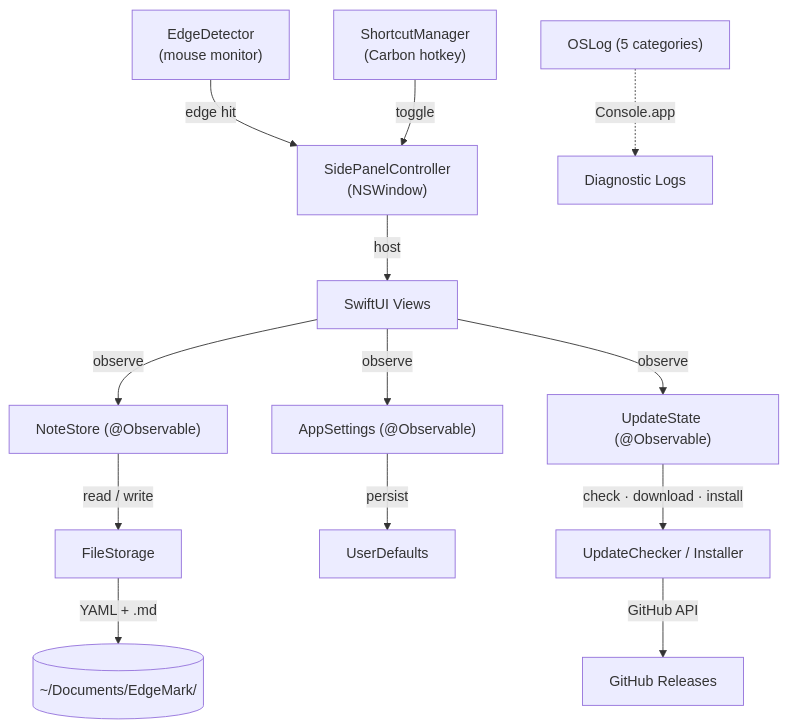
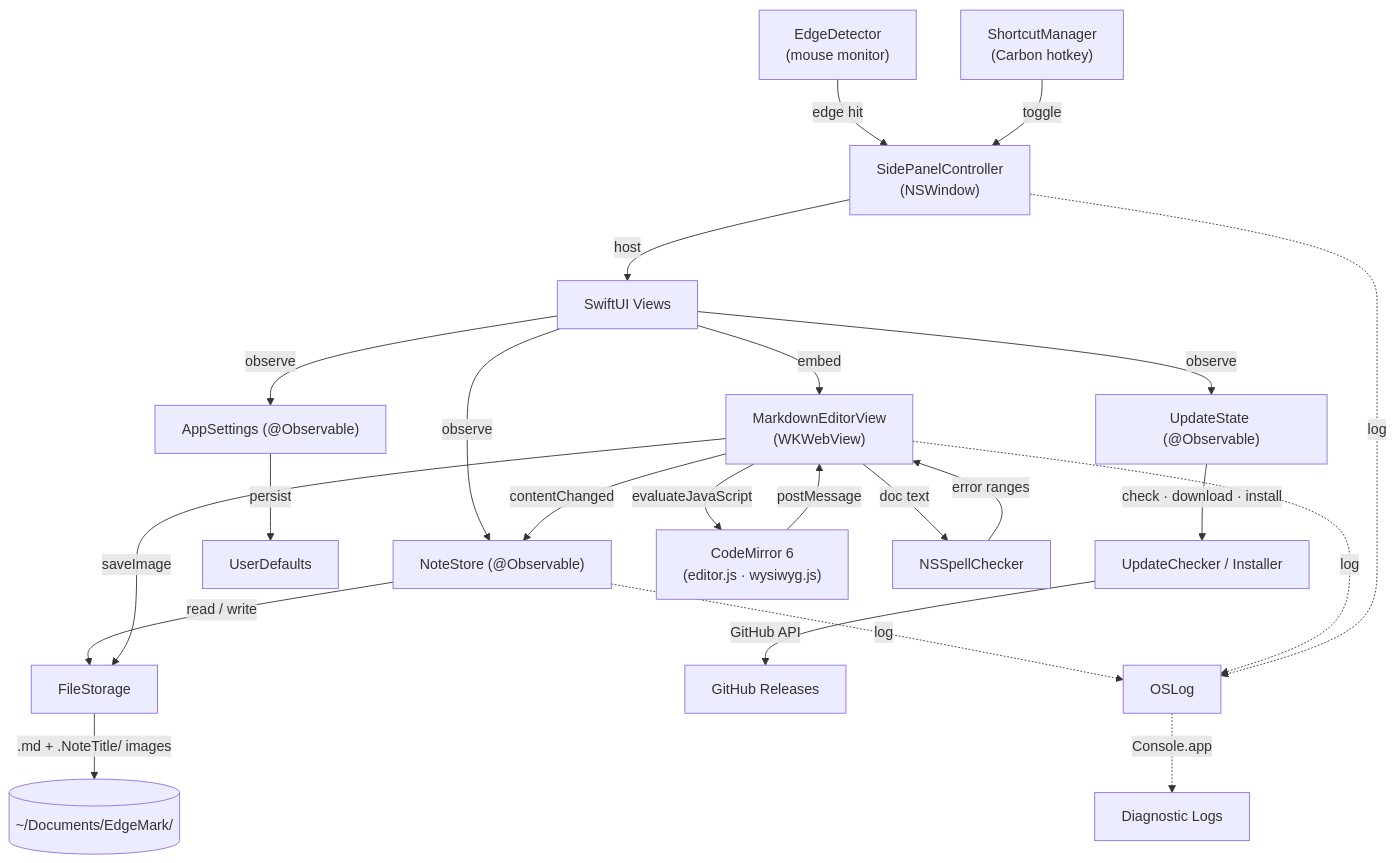
One commit to Ender-Wang/EdgeMark changed the diagram in CONTRIBUTING.md. Above: the diagram before and after it, drawn with Mermaid. The commit also changed other lines of this file, not shown here.

````diff
--- a/CONTRIBUTING.md
+++ b/CONTRIBUTING.md
@@ -17,15 +17,30 @@
 ```mermaid
 graph TD
     EM["EdgeDetector<br/>(mouse monitor)"] -->|"edge hit"| SP["SidePanelController<br/>(NSWindow)"]
     HK["ShortcutManager<br/>(Carbon hotkey)"] -->|"toggle"| SP
     SP -->|"host"| SUI["SwiftUI Views"]
+
     SUI -->|"observe"| NS["NoteStore (@Observable)"]
     NS -->|"read / write"| FS["FileStorage"]
-    FS -->|"YAML + .md"| Disk[("~/Documents/EdgeMark/")]
+    FS -->|".md + .NoteTitle/ images"| Disk[("~/Documents/EdgeMark/")]
+
     SUI -->|"observe"| AS["AppSettings (@Observable)"]
     AS -->|"persist"| UD["UserDefaults"]
+
     SUI -->|"observe"| US["UpdateState (@Observable)"]
     US -->|"check · download · install"| UC["UpdateChecker / Installer"]
     UC -->|"GitHub API"| GH["GitHub Releases"]
-    Log["OSLog (5 categories)"] -.->|"Console.app"| CA["Diagnostic Logs"]
+
+    SUI -->|"embed"| ED["MarkdownEditorView<br/>(WKWebView)"]
+    ED -->|"evaluateJavaScript"| CM["CodeMirror 6<br/>(editor.js · wysiwyg.js)"]
+    CM -->|"postMessage"| ED
+    ED -->|"contentChanged"| NS
+    ED -->|"saveImage"| FS
+    ED -->|"doc text"| SC["NSSpellChecker"]
+    SC -->|"error ranges"| ED
+
+    NS -.->|"log"| Log["OSLog"]
+    ED -.->|"log"| Log
+    SP -.->|"log"| Log
+    Log -.->|"Console.app"| CA["Diagnostic Logs"]
 ```
````
